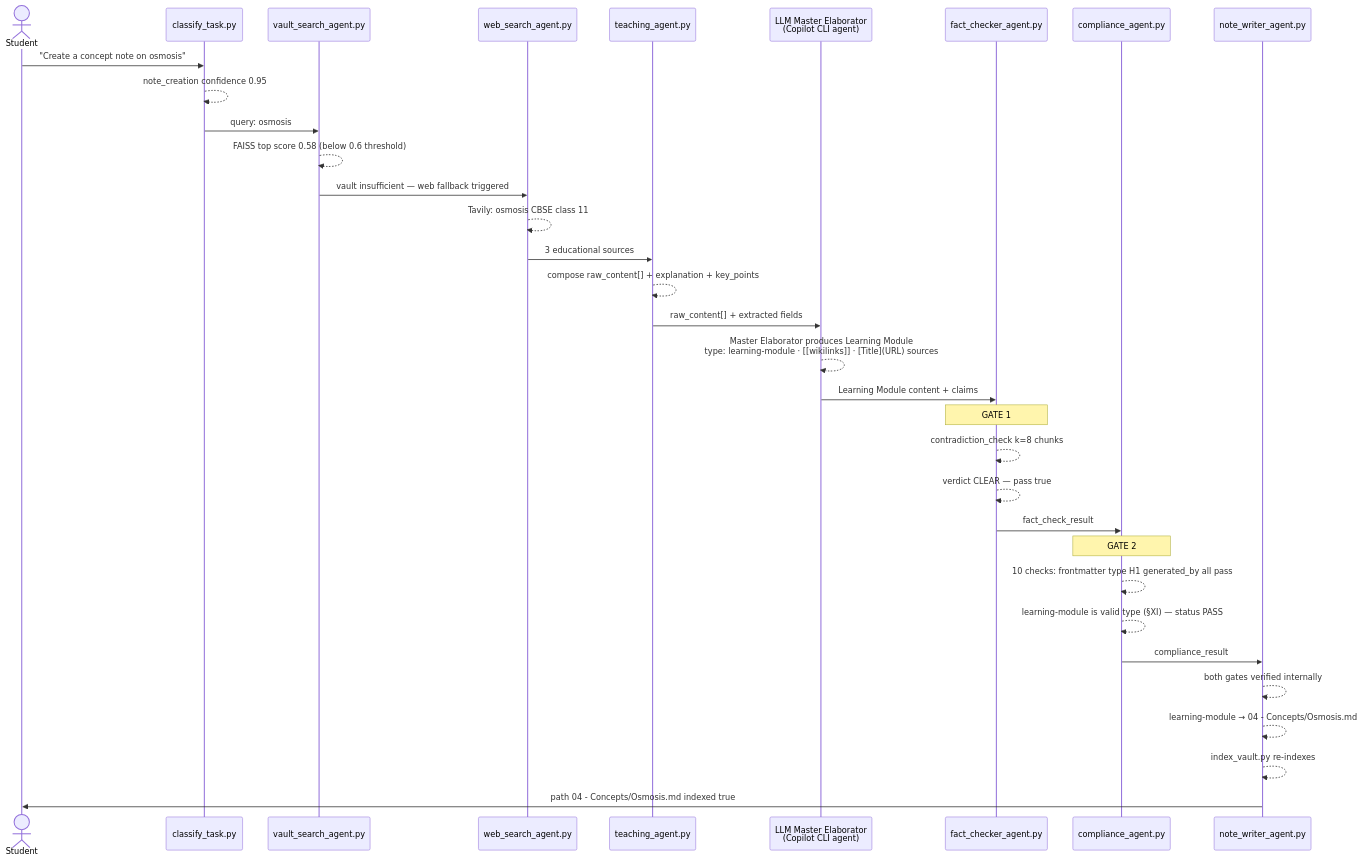
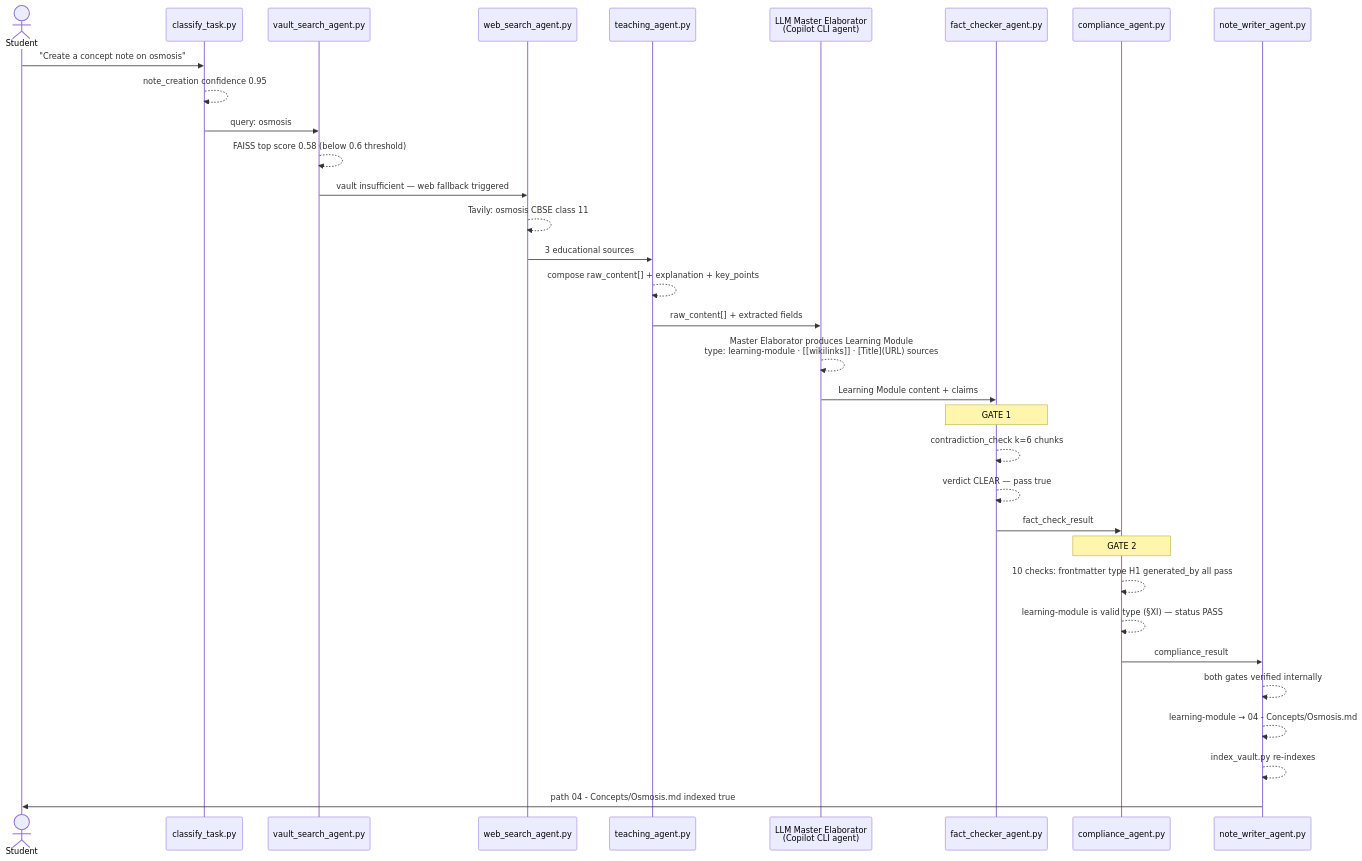
Before and after one commit to rabindranath-mishra/Study_Agent: the ninth of 12 diagrams in 00 - System/Agent Architecture (C4+1).md, drawn with Mermaid. The commit also changed other lines of this file, not shown here.

First line of the commit message:
docs(architecture): sync C4+1 doc with current tool behaviour

````diff
--- a/00 - System/Agent Architecture (C4+1).md
+++ b/00 - System/Agent Architecture (C4+1).md
@@ -353,36 +355,36 @@
 ```mermaid
 sequenceDiagram
     actor Student
     participant CT as classify_task.py
     participant VS as vault_search_agent.py
     participant WS as web_search_agent.py
     participant TA as teaching_agent.py
     participant LLM as LLM Master Elaborator<br/>(Copilot CLI agent)
     participant FC as fact_checker_agent.py
     participant CA as compliance_agent.py
     participant NW as note_writer_agent.py
 
     Student->>CT: "Create a concept note on osmosis"
     CT-->>CT: note_creation confidence 0.95
     CT->>VS: query: osmosis
     VS-->>VS: FAISS top score 0.58 (below 0.6 threshold)
     VS->>WS: vault insufficient — web fallback triggered
     WS-->>WS: Tavily: osmosis CBSE class 11
     WS->>TA: 3 educational sources
     TA-->>TA: compose raw_content[] + explanation + key_points
     TA->>LLM: raw_content[] + extracted fields
     LLM-->>LLM: Master Elaborator produces Learning Module<br/>type: learning-module · [[wikilinks]] · [Title](URL) sources
     LLM->>FC: Learning Module content + claims
     Note over FC: GATE 1
-    FC-->>FC: contradiction_check k=8 chunks
+    FC-->>FC: contradiction_check k=6 chunks
     FC-->>FC: verdict CLEAR — pass true
     FC->>CA: fact_check_result
     Note over CA: GATE 2
     CA-->>CA: 10 checks: frontmatter type H1 generated_by all pass
     CA-->>CA: learning-module is valid type (§XI) — status PASS
     CA->>NW: compliance_result
     NW-->>NW: both gates verified internally
     NW-->>NW: learning-module → 04 - Concepts/Osmosis.md
     NW-->>NW: index_vault.py re-indexes
     NW->>Student: path 04 - Concepts/Osmosis.md indexed true
 ```
````
